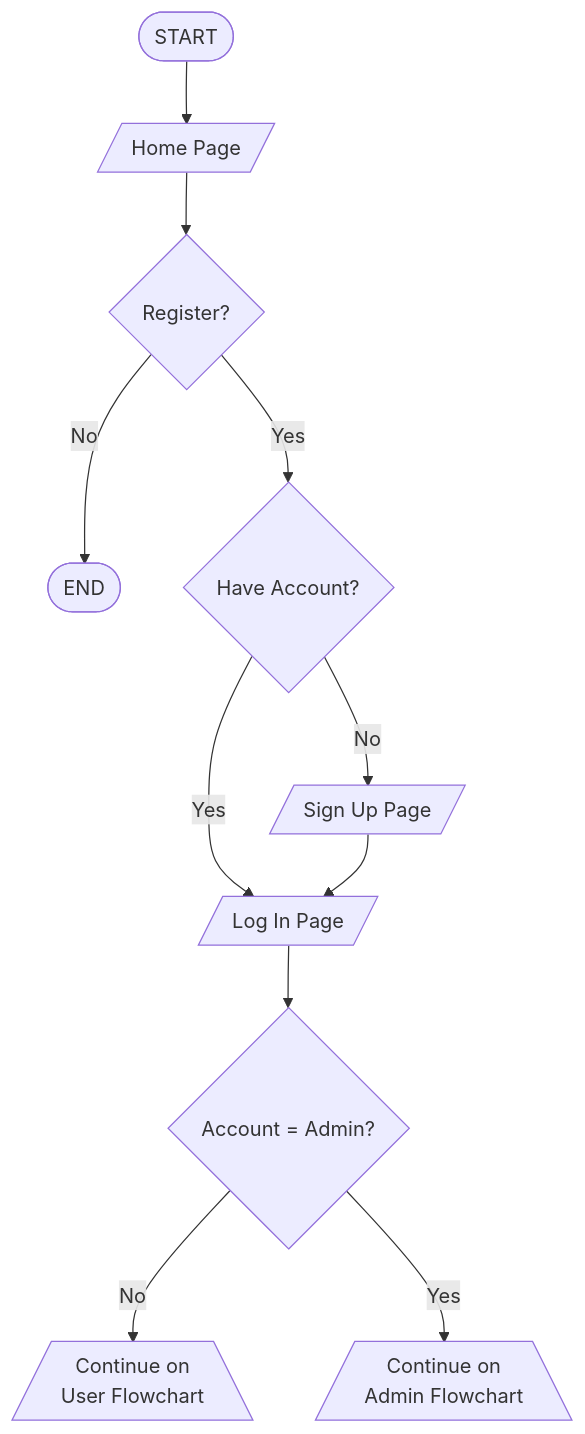
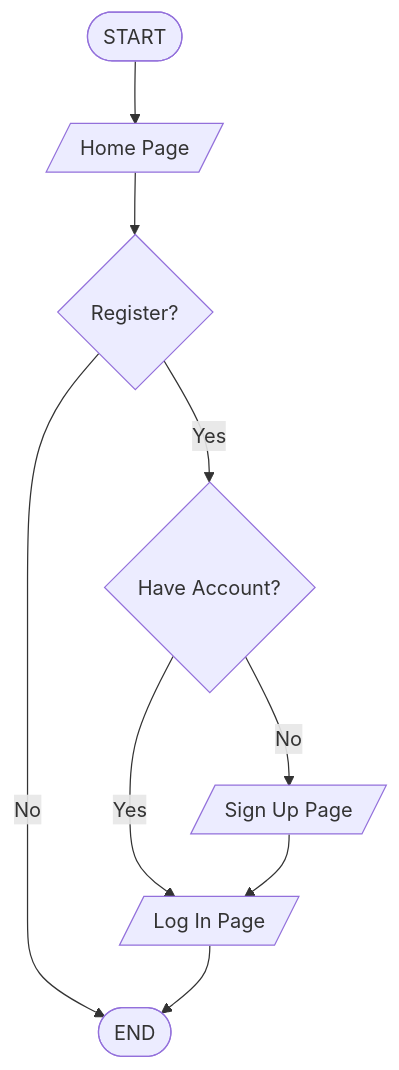
Before and after one commit to DaRealZiger/Final-Year-Project: the diagram in FYP01/Progress Presentation/Diagrams/Guest.mmd, drawn with Mermaid. The commit also changed 3 other files, not shown here.

Commit message:
Updated Diagrams

```diff
--- a/FYP01/Progress Presentation/Diagrams/Guest.mmd
+++ b/FYP01/Progress Presentation/Diagrams/Guest.mmd
@@ -1,31 +1,22 @@
 flowchart TD
   START([START])
   END([END])
   Index[/Home Page/]
 
   Registration{Register?}
 
   HaveAccount{Have Account?}
   SignUp[/Sign Up Page/]
   LogIn[/Log In Page/]
 
-  AccountAdmin{Account = Admin?}
-
-  User[/Continue on<br>User Flowchart\]
-  Admin[/Continue on<br>Admin Flowchart\]
-
   START --> Index
   %% Account
   Index --> Registration
   Registration --> |No| END
   Registration --> |Yes | HaveAccount
   HaveAccount -->|No| SignUp
   HaveAccount --> |Yes| LogIn
 
   %% SignUp/Login
   SignUp --> LogIn
-  LogIn --> AccountAdmin
-  
-  %% User or Admin
-  AccountAdmin -->|No| User
-  AccountAdmin --> |Yes| Admin
+  LogIn --> END
```
